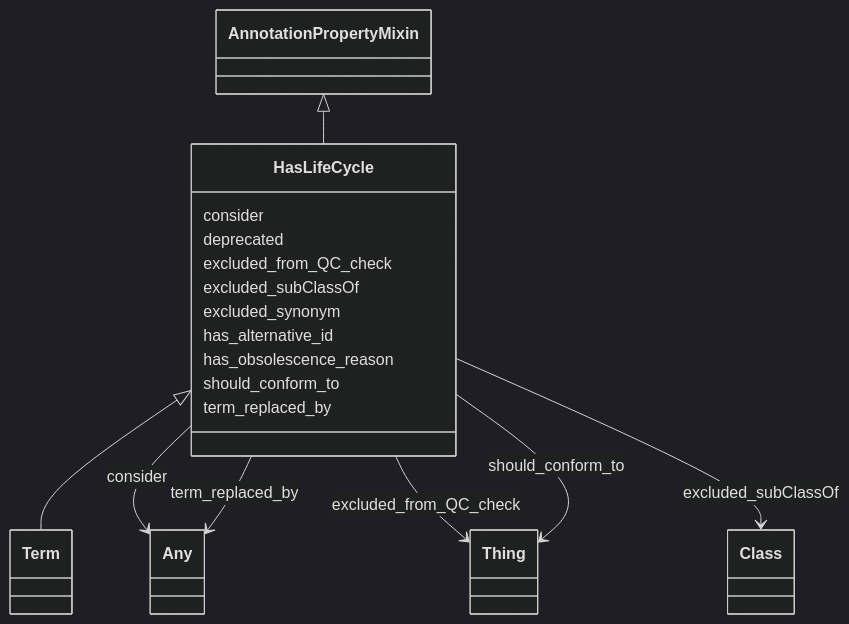
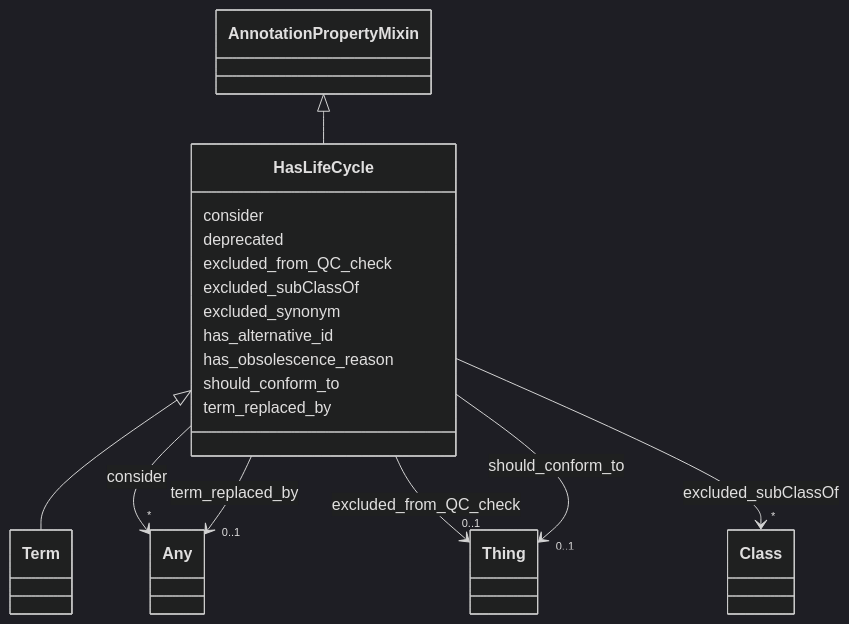
One commit to INCATools/ontology-access-kit changed the diagram in ontology-metadata/HasLifeCycle.md. Above: the diagram before and after it, drawn with Mermaid (dark theme). The commit also changed other lines of this file and 3329 other files, not shown here.

````diff
--- a/ontology-metadata/HasLifeCycle.md
+++ b/ontology-metadata/HasLifeCycle.md
@@ -12,39 +14,67 @@
 ```{mermaid}
  classDiagram
     class HasLifeCycle
+    click HasLifeCycle href "../HasLifeCycle"
       AnnotationPropertyMixin <|-- HasLifeCycle
+        click AnnotationPropertyMixin href "../AnnotationPropertyMixin"
       
 
       HasLifeCycle <|-- Term
+        click Term href "../Term"
       
       
       HasLifeCycle : consider
         
-          HasLifeCycle --> Any : consider
+          
+    
+    
+    HasLifeCycle --> "*" Any : consider
+    click Any href "../Any"
+
         
       HasLifeCycle : deprecated
         
       HasLifeCycle : excluded_from_QC_check
         
-          HasLifeCycle --> Thing : excluded_from_QC_check
+          
+    
+    
+    HasLifeCycle --> "0..1" Thing : excluded_from_QC_check
+    click Thing href "../Thing"
+
         
       HasLifeCycle : excluded_subClassOf
         
-          HasLifeCycle --> Class : excluded_subClassOf
+          
+    
+    
+    HasLifeCycle --> "*" Class : excluded_subClassOf
+    click Class href "../Class"
+
         
       HasLifeCycle : excluded_synonym
         
       HasLifeCycle : has_alternative_id
         
       HasLifeCycle : has_obsolescence_reason
         
       HasLifeCycle : should_conform_to
         
-          HasLifeCycle --> Thing : should_conform_to
+          
+    
+    
+    HasLifeCycle --> "0..1" Thing : should_conform_to
+    click Thing href "../Thing"
+
         
       HasLifeCycle : term_replaced_by
         
-          HasLifeCycle --> Any : term_replaced_by
+          
+    
+    
+    HasLifeCycle --> "0..1" Any : term_replaced_by
+    click Any href "../Any"
+
         
       
 ```
````
